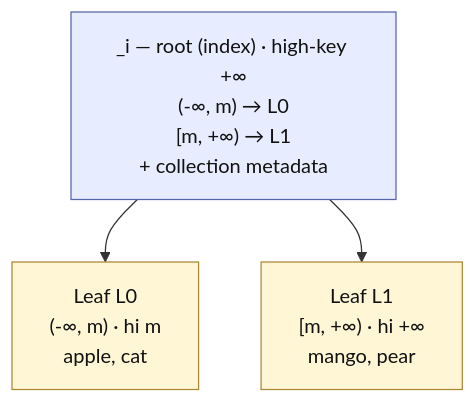
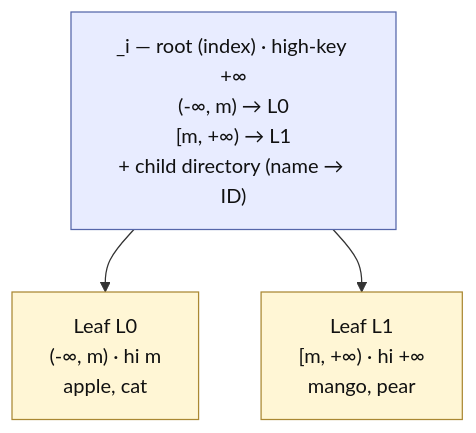
Before and after one commit to mbrt/glassdb-rs: the second of 5 diagrams in docs/designs/dynamic-range-sharding.md, drawn with Mermaid. The commit also changed other lines of this file and 6 other files, not shown here.

````diff
--- a/docs/designs/dynamic-range-sharding.md
+++ b/docs/designs/dynamic-range-sharding.md
@@ -133,11 +149,11 @@
 ```mermaid
 graph TD
-    Root["_i — root (index) · high-key +∞<br/>(-∞, m) → L0<br/>[m, +∞) → L1<br/>+ collection metadata"]
+    Root["_i — root (index) · high-key +∞<br/>(-∞, m) → L0<br/>[m, +∞) → L1<br/>+ child directory (name → ID)"]
     Root --> L0["Leaf L0<br/>(-∞, m) · hi m<br/>apple, cat"]
     Root --> L1["Leaf L1<br/>[m, +∞) · hi +∞<br/>mango, pear"]
 
     classDef root fill:#e8ecff,stroke:#5566aa,color:#111
     classDef leaf fill:#fff6d5,stroke:#aa8833,color:#111
     class Root root
     class L0,L1 leaf
 ```
````
